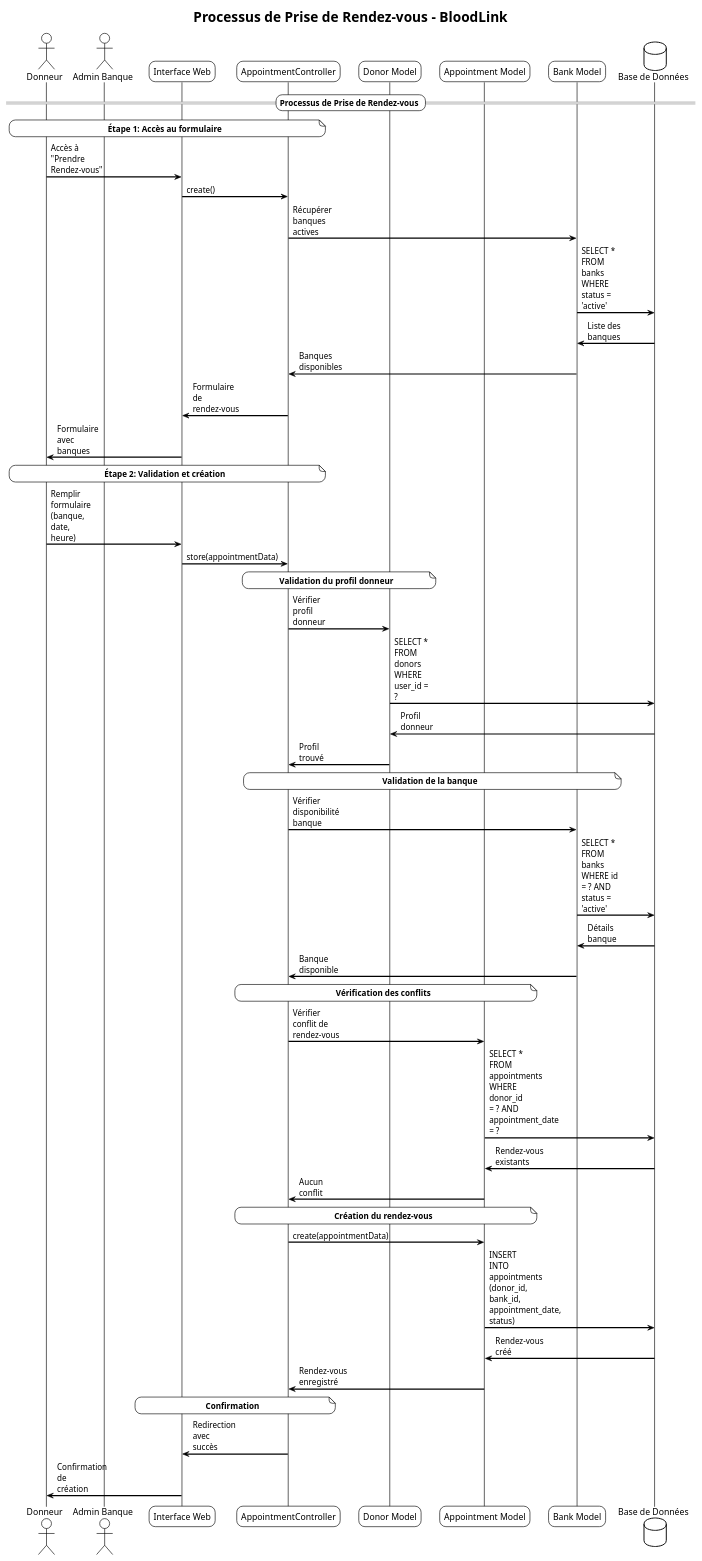
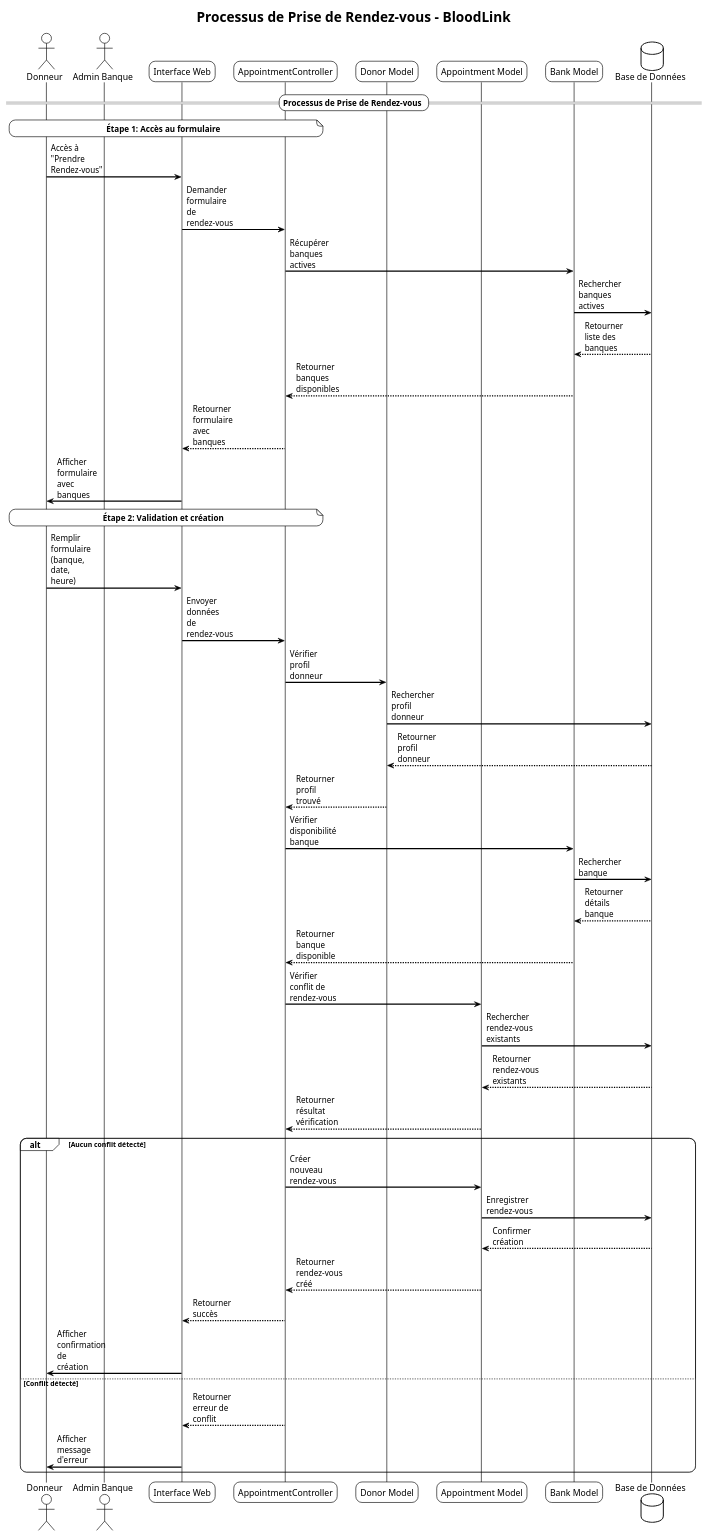
One commit to KevinKpekpe/bloodbank_plateforme changed the diagram in diagramme_sequences_bloodlink_rendez_vous.puml. Above: the diagram before and after it, drawn with PlantUML. The commit also changed 3 other files, not shown here.

```diff
--- a/diagramme_sequences_bloodlink_rendez_vous.puml
+++ b/diagramme_sequences_bloodlink_rendez_vous.puml
@@ -1,66 +1,65 @@
 @startuml Diagramme de Séquences - BloodLink - Prise de Rendez-vous
 
 !theme plain
 skinparam backgroundColor #FFFFFF
 skinparam sequenceArrowThickness 2
 skinparam roundcorner 20
 skinparam maxmessagesize 60
 
 title **Processus de Prise de Rendez-vous - BloodLink**
 
 actor "Donneur" as Donor
 actor "Admin Banque" as BankAdmin
 
 participant "Interface Web" as UI
 participant "AppointmentController" as AppointmentCtrl
 participant "Donor Model" as DonorModel
 participant "Appointment Model" as AppointmentModel
 participant "Bank Model" as BankModel
 
 database "Base de Données" as DB
 
 == **Processus de Prise de Rendez-vous** ==
 
 note over Donor, AppointmentCtrl : **Étape 1: Accès au formulaire**
 Donor -> UI: Accès à "Prendre Rendez-vous"
-UI -> AppointmentCtrl: create()
+UI -> AppointmentCtrl: Demander formulaire de rendez-vous
 AppointmentCtrl -> BankModel: Récupérer banques actives
-BankModel -> DB: SELECT * FROM banks WHERE status = 'active'
-DB -> BankModel: Liste des banques
-BankModel -> AppointmentCtrl: Banques disponibles
-AppointmentCtrl -> UI: Formulaire de rendez-vous
-UI -> Donor: Formulaire avec banques
+BankModel -> DB: Rechercher banques actives
+DB --> BankModel: Retourner liste des banques
+BankModel --> AppointmentCtrl: Retourner banques disponibles
+AppointmentCtrl --> UI: Retourner formulaire avec banques
+UI -> Donor: Afficher formulaire avec banques
 
 note over Donor, AppointmentCtrl : **Étape 2: Validation et création**
 Donor -> UI: Remplir formulaire (banque, date, heure)
-UI -> AppointmentCtrl: store(appointmentData)
+UI -> AppointmentCtrl: Envoyer données de rendez-vous
 
-note over AppointmentCtrl, DonorModel : **Validation du profil donneur**
 AppointmentCtrl -> DonorModel: Vérifier profil donneur
-DonorModel -> DB: SELECT * FROM donors WHERE user_id = ?
-DB -> DonorModel: Profil donneur
-DonorModel -> AppointmentCtrl: Profil trouvé
+DonorModel -> DB: Rechercher profil donneur
+DB --> DonorModel: Retourner profil donneur
+DonorModel --> AppointmentCtrl: Retourner profil trouvé
 
-note over AppointmentCtrl, BankModel : **Validation de la banque**
 AppointmentCtrl -> BankModel: Vérifier disponibilité banque
-BankModel -> DB: SELECT * FROM banks WHERE id = ? AND status = 'active'
-DB -> BankModel: Détails banque
-BankModel -> AppointmentCtrl: Banque disponible
+BankModel -> DB: Rechercher banque
+DB --> BankModel: Retourner détails banque
+BankModel --> AppointmentCtrl: Retourner banque disponible
 
-note over AppointmentCtrl, AppointmentModel : **Vérification des conflits**
 AppointmentCtrl -> AppointmentModel: Vérifier conflit de rendez-vous
-AppointmentModel -> DB: SELECT * FROM appointments WHERE donor_id = ? AND appointment_date = ?
-DB -> AppointmentModel: Rendez-vous existants
-AppointmentModel -> AppointmentCtrl: Aucun conflit
+AppointmentModel -> DB: Rechercher rendez-vous existants
+DB --> AppointmentModel: Retourner rendez-vous existants
+AppointmentModel --> AppointmentCtrl: Retourner résultat vérification
 
-note over AppointmentCtrl, AppointmentModel : **Création du rendez-vous**
-AppointmentCtrl -> AppointmentModel: create(appointmentData)
-AppointmentModel -> DB: INSERT INTO appointments (donor_id, bank_id, appointment_date, status)
-DB -> AppointmentModel: Rendez-vous créé
-AppointmentModel -> AppointmentCtrl: Rendez-vous enregistré
-
-note over AppointmentCtrl, UI : **Confirmation**
-AppointmentCtrl -> UI: Redirection avec succès
-UI -> Donor: Confirmation de création
+alt Aucun conflit détecté
+    AppointmentCtrl -> AppointmentModel: Créer nouveau rendez-vous
+    AppointmentModel -> DB: Enregistrer rendez-vous
+    DB --> AppointmentModel: Confirmer création
+    AppointmentModel --> AppointmentCtrl: Retourner rendez-vous créé
+    AppointmentCtrl --> UI: Retourner succès
+    UI -> Donor: Afficher confirmation de création
+else Conflit détecté
+    AppointmentCtrl --> UI: Retourner erreur de conflit
+    UI -> Donor: Afficher message d'erreur
+end
 
 @enduml
```
